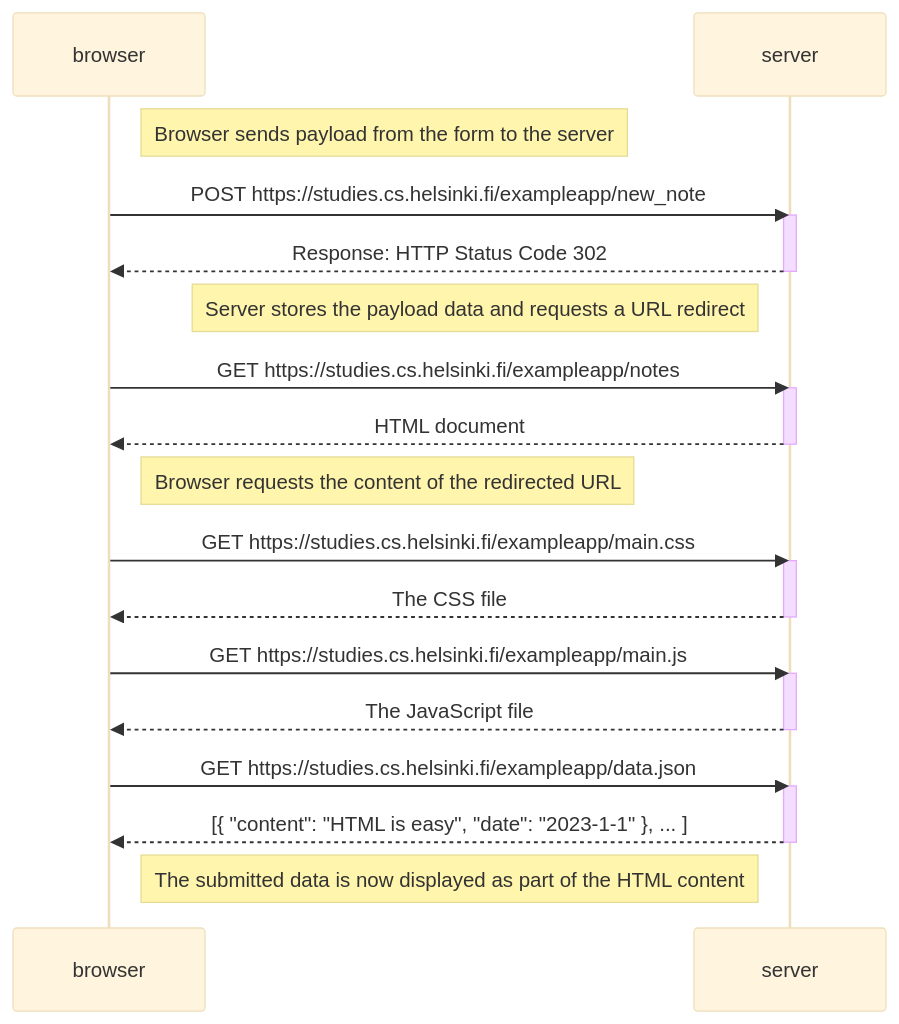
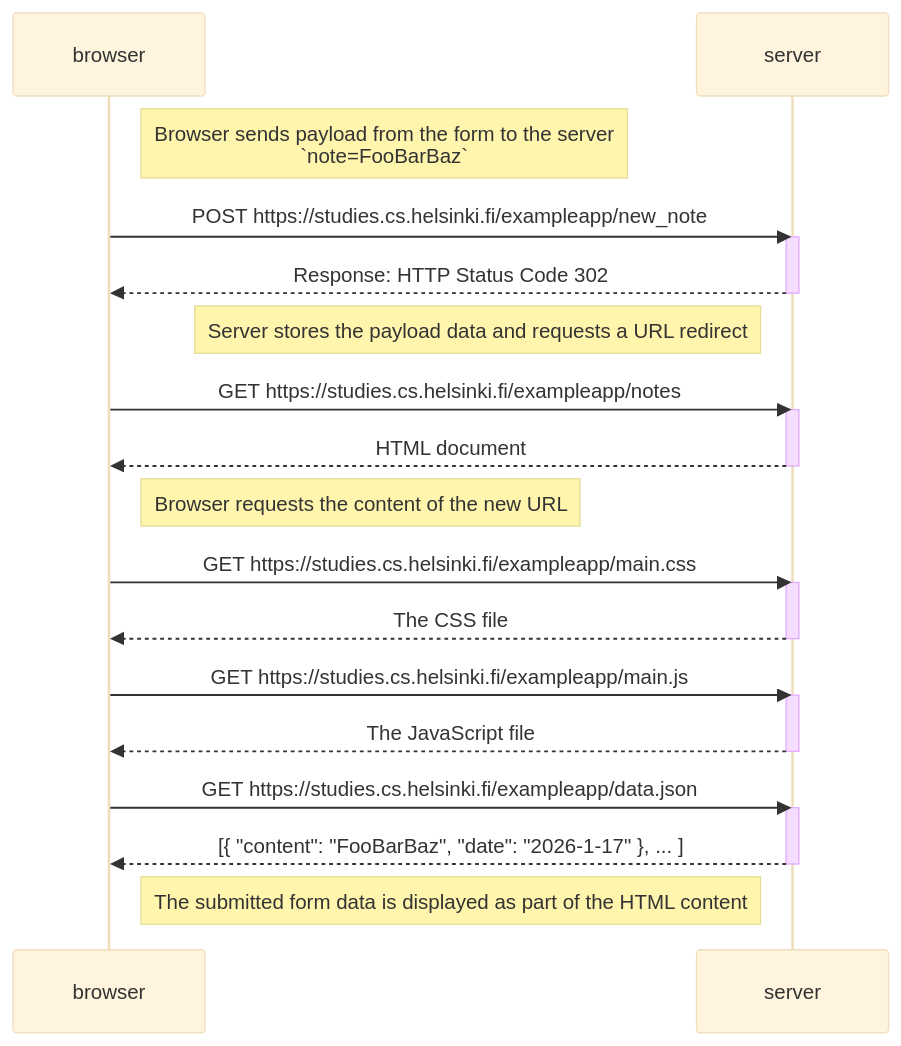
Before and after one commit to drewlee/fullstackopen: the diagram in exercises/part0/04_new-note-diagram.md, drawn with Mermaid (base theme). The commit also changed other lines of this file and 2 other files, not shown here.

Commit message:
Add remaining part 0 diagrams

````diff
--- a/exercises/part0/04_new-note-diagram.md
+++ b/exercises/part0/04_new-note-diagram.md
@@ -1,38 +7,38 @@
 ```mermaid
 sequenceDiagram
   participant browser
   participant server
 
-  Note right of browser: Browser sends payload from the form to the server
+  Note right of browser: Browser sends payload from the form to the server<br/>`note=FooBarBaz`
 
   browser->>server: POST https://studies.cs.helsinki.fi/exampleapp/new_note
   activate server
   server-->>browser: Response: HTTP Status Code 302
   deactivate server
 
   Note left of server: Server stores the payload data and requests a URL redirect
 
   browser->>server: GET https://studies.cs.helsinki.fi/exampleapp/notes
   activate server
   server-->>browser: HTML document
   deactivate server
 
-  Note right of browser: Browser requests the content of the redirected URL
+  Note right of browser: Browser requests the content of the new URL
 
   browser->>server: GET https://studies.cs.helsinki.fi/exampleapp/main.css
   activate server
   server-->>browser: The CSS file
   deactivate server
 
   browser->>server: GET https://studies.cs.helsinki.fi/exampleapp/main.js
   activate server
   server-->>browser: The JavaScript file
   deactivate server
 
   browser->>server: GET https://studies.cs.helsinki.fi/exampleapp/data.json
   activate server
-  server-->>browser: [{ "content": "HTML is easy", "date": "2023-1-1" }, ... ]
+  server-->>browser: [{ "content": "FooBarBaz", "date": "2026-1-17" }, ... ]
   deactivate server
 
-  Note right of browser: The submitted data is now displayed as part of the HTML content
+  Note right of browser: The submitted form data is displayed as part of the HTML content
 ```
````
